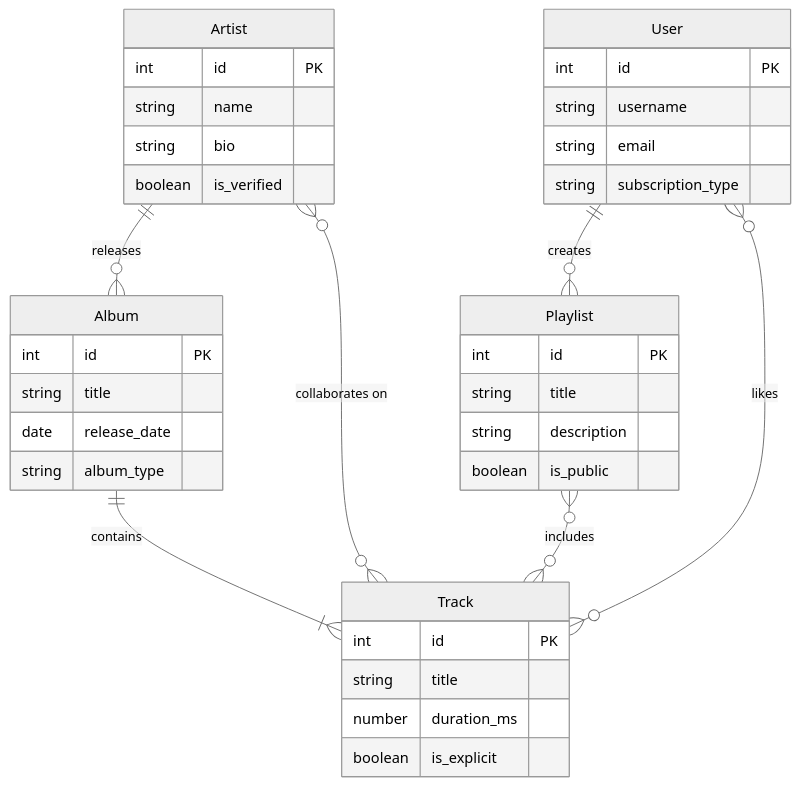
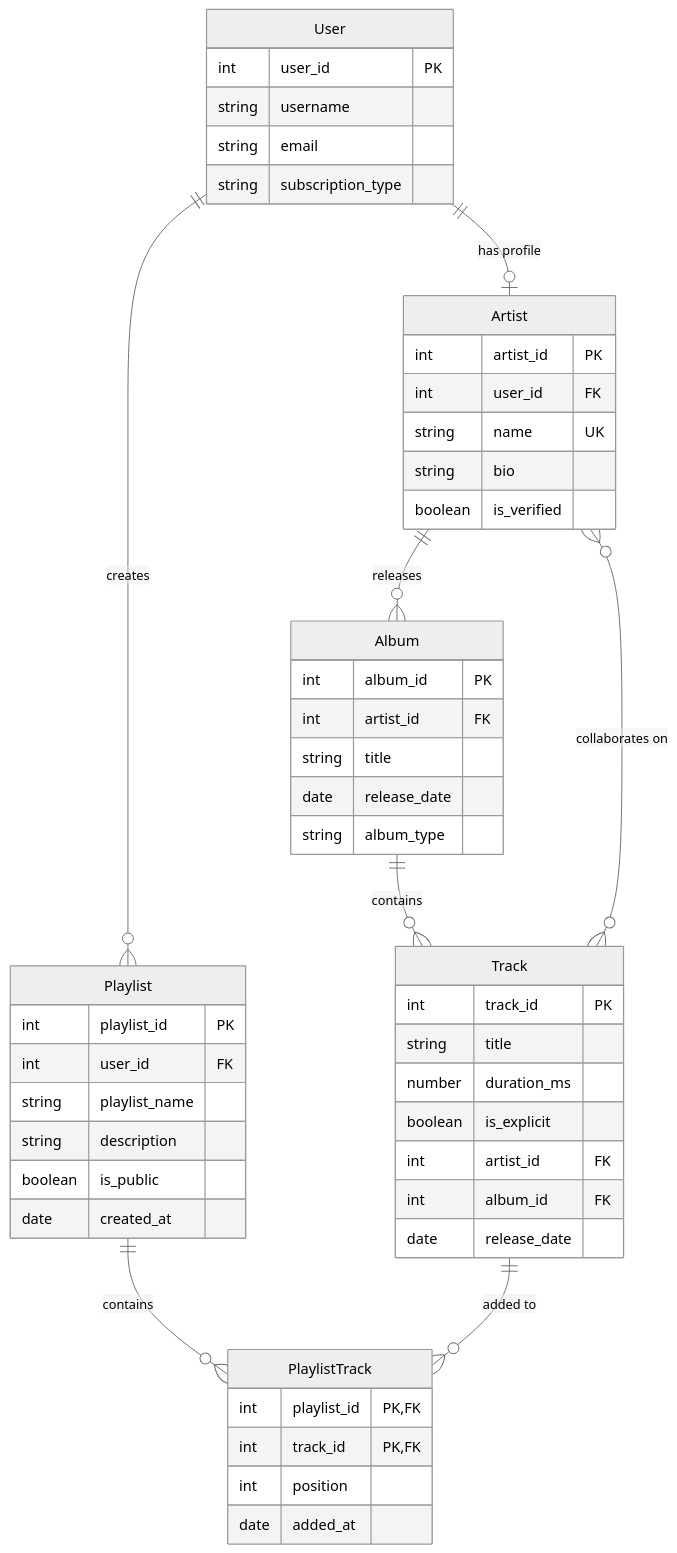
One commit to Merqn/kpilabs changed the diagram in diagram.md. Above: the diagram before and after it, drawn with Mermaid (neutral theme). The commit also changed 2 other files, not shown here.

Commit message:
redesigning the diagram

````diff
--- a/diagram.md
+++ b/diagram.md
@@ -1,45 +1,60 @@
 ```mermaid
 erDiagram
-    
+
     Artist ||--o{ Album : "releases"
-    Album ||--|{ Track : "contains"
+    User ||--o| Artist : "has profile"
+    Album ||--o{ Track : "contains"
     Artist }o--o{ Track : "collaborates on"
     User ||--o{ Playlist : "creates"
-    Playlist }o--o{ Track : "includes"
-    User }o--o{ Track : "likes"
+    Playlist ||--o{ PlaylistTrack : "contains"
+    Track ||--o{ PlaylistTrack : "added to"
 
     User {
-        int id PK
+        int user_id PK
         string username
         string email
         string subscription_type
     }
 
     Artist {
-        int id PK
-        string name
+        int artist_id PK
+        int user_id FK
+        string name UK
         string bio
         boolean is_verified
     }
 
     Album {
-        int id PK
+        int album_id PK
+        int artist_id FK
         string title
         date release_date
         string album_type
     }
 
     Track {
-        int id PK
+        int track_id PK
         string title
         number duration_ms
         boolean is_explicit
+        int artist_id FK
+        int album_id FK
+        date release_date
     }
 
     Playlist {
-        int id PK
-        string title
+        int playlist_id PK
+        int user_id FK
+        string playlist_name
         string description
         boolean is_public
+        date created_at
+    }
+
+    PlaylistTrack {
+        int playlist_id PK, FK
+        int track_id PK, FK
+        int position
+        date added_at
     }
 ```
````
